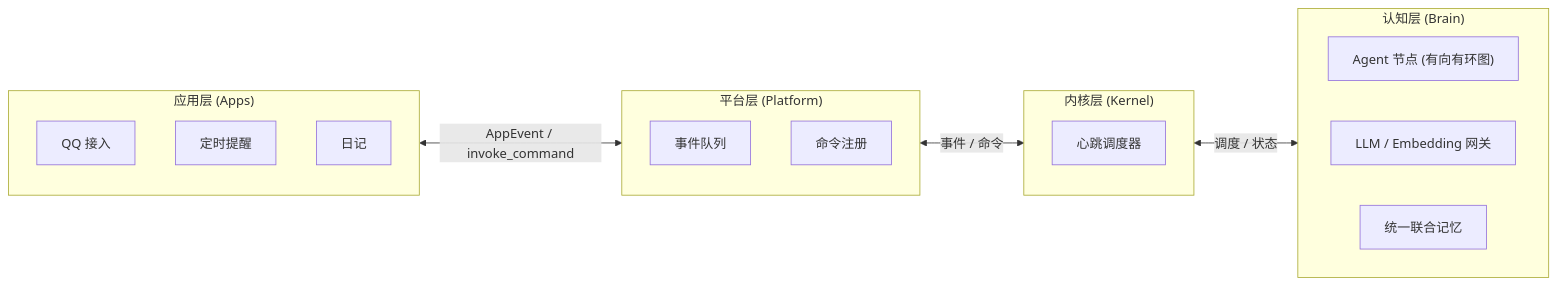
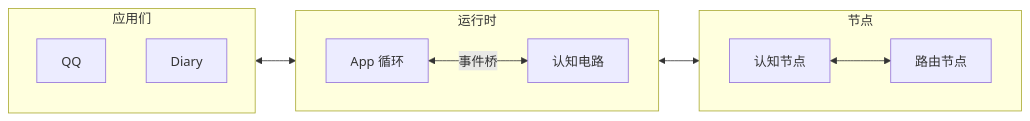
The diagram in start/overview.md (JuFireX/AuroraBot-docs), drawn with Mermaid before and after one commit. The commit also changed other lines of this file and 3 other files, not shown here.

````diff
--- a/start/overview.md
+++ b/start/overview.md
@@ -24,28 +29,24 @@
 ```mermaid
 flowchart LR
-    subgraph APPS["应用层 (Apps)"]
-        QQ["QQ 接入"]
-        ALARM["定时提醒"]
-        DIARY["日记"]
+    subgraph RUN["运行时"]
+        direction LR
+        A["App 循环"]
+        B["认知电路"]
     end
 
-    subgraph PLATFORM["平台层 (Platform)"]
-        EVENTS["事件队列"]
-        CMDS["命令注册"]
+    subgraph APPS["应用们"]
+        QQ["QQ"]
+        DIARY["Diary"]
     end
 
-    subgraph KERNEL["内核层 (Kernel)"]
-        SCHEDULER["心跳调度器"]
+    subgraph NODES["节点"]
+        direction LR
+        AGENT["认知节点"]
+        ROUTER["路由节点"]
     end
 
-    subgraph BRAIN["认知层 (Brain)"]
-        direction LR
-        NODES["Agent 节点 (有向有环图)"]
-        GATEWAY["LLM / Embedding 网关"]
-        MEMORY["统一联合记忆"]
-    end
-
-    APPS <-->|"AppEvent / invoke_command"| PLATFORM
-    PLATFORM <-->|"事件 / 命令"| KERNEL
-    KERNEL <-->|"调度 / 状态"| BRAIN
+    APPS <--> A
+    A <--"事件桥"--> B
+    B <--> NODES
+    AGENT <--> ROUTER
 ```
````
